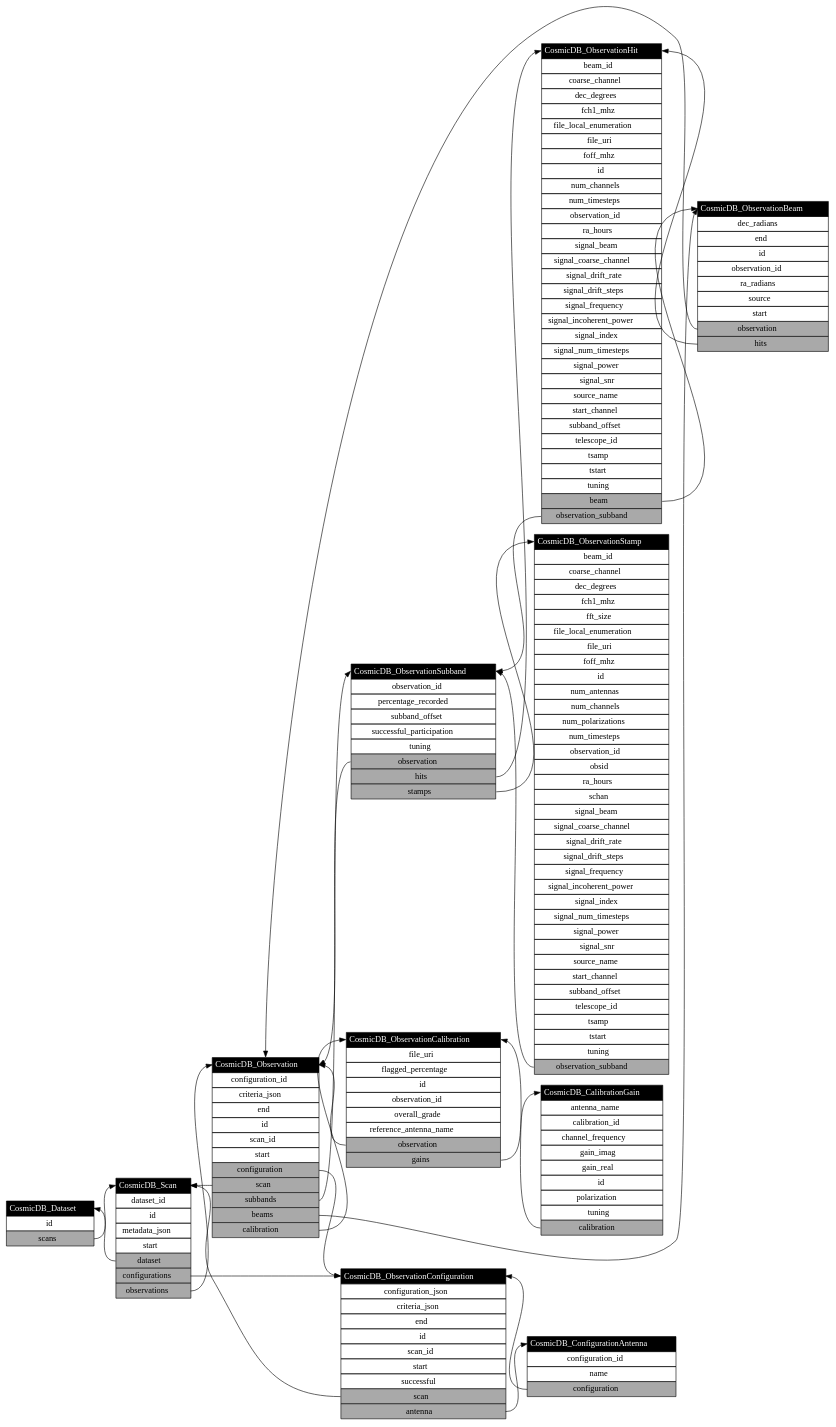
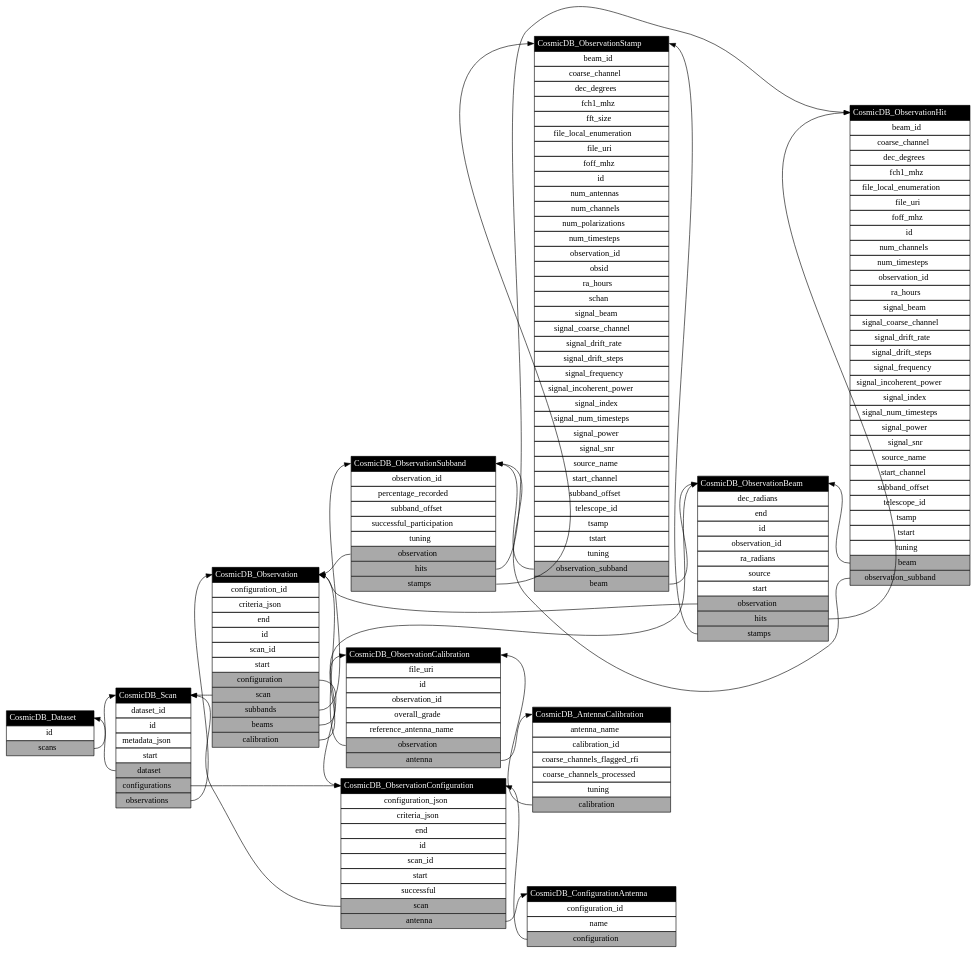
Before and after one commit to COSMIC-SETI/COSMIC-VLA-Database: the diagram in docs/classes.dot, drawn with Graphviz. The commit also changed 5 other files, not shown here.

Commit message:
* link stamp to beam

```diff
--- a/docs/classes.dot
+++ b/docs/classes.dot
@@ -1,191 +1,191 @@
 digraph CosmicDB {
 rankdir=LR;
 CosmicDB_Dataset:scans -> CosmicDB_Scan:class;
 CosmicDB_Dataset [label=<<table border="0" cellborder="1" cellspacing="0" cellpadding="4">
 	<tr><td bgcolor="black" port="class"><font color="white">CosmicDB_Dataset</font></td></tr>
 	<tr><td>id</td></tr>
 	<tr><td bgcolor="darkgrey" port="scans">scans</td></tr>
 </table>>, shape=plain];
 CosmicDB_Scan:dataset -> CosmicDB_Dataset:class;
 CosmicDB_Scan:configurations -> CosmicDB_ObservationConfiguration:class;
 CosmicDB_Scan:observations -> CosmicDB_Observation:class;
 CosmicDB_Scan [label=<<table border="0" cellborder="1" cellspacing="0" cellpadding="4">
 	<tr><td bgcolor="black" port="class"><font color="white">CosmicDB_Scan</font></td></tr>
 	<tr><td>dataset_id</td></tr>
 	<tr><td>id</td></tr>
 	<tr><td>metadata_json</td></tr>
 	<tr><td>start</td></tr>
 	<tr><td bgcolor="darkgrey" port="dataset">dataset</td></tr>
 	<tr><td bgcolor="darkgrey" port="configurations">configurations</td></tr>
 	<tr><td bgcolor="darkgrey" port="observations">observations</td></tr>
 </table>>, shape=plain];
 CosmicDB_ObservationConfiguration:scan -> CosmicDB_Scan:class;
 CosmicDB_ObservationConfiguration:antenna -> CosmicDB_ConfigurationAntenna:class;
 CosmicDB_ObservationConfiguration [label=<<table border="0" cellborder="1" cellspacing="0" cellpadding="4">
 	<tr><td bgcolor="black" port="class"><font color="white">CosmicDB_ObservationConfiguration</font></td></tr>
 	<tr><td>configuration_json</td></tr>
 	<tr><td>criteria_json</td></tr>
 	<tr><td>end</td></tr>
 	<tr><td>id</td></tr>
 	<tr><td>scan_id</td></tr>
 	<tr><td>start</td></tr>
 	<tr><td>successful</td></tr>
 	<tr><td bgcolor="darkgrey" port="scan">scan</td></tr>
 	<tr><td bgcolor="darkgrey" port="antenna">antenna</td></tr>
 </table>>, shape=plain];
 CosmicDB_ConfigurationAntenna:configuration -> CosmicDB_ObservationConfiguration:class;
 CosmicDB_ConfigurationAntenna [label=<<table border="0" cellborder="1" cellspacing="0" cellpadding="4">
 	<tr><td bgcolor="black" port="class"><font color="white">CosmicDB_ConfigurationAntenna</font></td></tr>
 	<tr><td>configuration_id</td></tr>
 	<tr><td>name</td></tr>
 	<tr><td bgcolor="darkgrey" port="configuration">configuration</td></tr>
 </table>>, shape=plain];
 CosmicDB_Observation:configuration -> CosmicDB_ObservationConfiguration:class;
 CosmicDB_Observation:scan -> CosmicDB_Scan:class;
 CosmicDB_Observation:subbands -> CosmicDB_ObservationSubband:class;
 CosmicDB_Observation:beams -> CosmicDB_ObservationBeam:class;
 CosmicDB_Observation:calibration -> CosmicDB_ObservationCalibration:class;
 CosmicDB_Observation [label=<<table border="0" cellborder="1" cellspacing="0" cellpadding="4">
 	<tr><td bgcolor="black" port="class"><font color="white">CosmicDB_Observation</font></td></tr>
 	<tr><td>configuration_id</td></tr>
 	<tr><td>criteria_json</td></tr>
 	<tr><td>end</td></tr>
 	<tr><td>id</td></tr>
 	<tr><td>scan_id</td></tr>
 	<tr><td>start</td></tr>
 	<tr><td bgcolor="darkgrey" port="configuration">configuration</td></tr>
 	<tr><td bgcolor="darkgrey" port="scan">scan</td></tr>
 	<tr><td bgcolor="darkgrey" port="subbands">subbands</td></tr>
 	<tr><td bgcolor="darkgrey" port="beams">beams</td></tr>
 	<tr><td bgcolor="darkgrey" port="calibration">calibration</td></tr>
 </table>>, shape=plain];
 CosmicDB_ObservationSubband:observation -> CosmicDB_Observation:class;
 CosmicDB_ObservationSubband:hits -> CosmicDB_ObservationHit:class;
 CosmicDB_ObservationSubband:stamps -> CosmicDB_ObservationStamp:class;
 CosmicDB_ObservationSubband [label=<<table border="0" cellborder="1" cellspacing="0" cellpadding="4">
 	<tr><td bgcolor="black" port="class"><font color="white">CosmicDB_ObservationSubband</font></td></tr>
 	<tr><td>observation_id</td></tr>
 	<tr><td>percentage_recorded</td></tr>
 	<tr><td>subband_offset</td></tr>
 	<tr><td>successful_participation</td></tr>
 	<tr><td>tuning</td></tr>
 	<tr><td bgcolor="darkgrey" port="observation">observation</td></tr>
 	<tr><td bgcolor="darkgrey" port="hits">hits</td></tr>
 	<tr><td bgcolor="darkgrey" port="stamps">stamps</td></tr>
 </table>>, shape=plain];
 CosmicDB_ObservationCalibration:observation -> CosmicDB_Observation:class;
-CosmicDB_ObservationCalibration:gains -> CosmicDB_CalibrationGain:class;
+CosmicDB_ObservationCalibration:antenna -> CosmicDB_AntennaCalibration:class;
 CosmicDB_ObservationCalibration [label=<<table border="0" cellborder="1" cellspacing="0" cellpadding="4">
 	<tr><td bgcolor="black" port="class"><font color="white">CosmicDB_ObservationCalibration</font></td></tr>
 	<tr><td>file_uri</td></tr>
-	<tr><td>flagged_percentage</td></tr>
 	<tr><td>id</td></tr>
 	<tr><td>observation_id</td></tr>
 	<tr><td>overall_grade</td></tr>
 	<tr><td>reference_antenna_name</td></tr>
 	<tr><td bgcolor="darkgrey" port="observation">observation</td></tr>
-	<tr><td bgcolor="darkgrey" port="gains">gains</td></tr>
+	<tr><td bgcolor="darkgrey" port="antenna">antenna</td></tr>
 </table>>, shape=plain];
-CosmicDB_CalibrationGain:calibration -> CosmicDB_ObservationCalibration:class;
-CosmicDB_CalibrationGain [label=<<table border="0" cellborder="1" cellspacing="0" cellpadding="4">
-	<tr><td bgcolor="black" port="class"><font color="white">CosmicDB_CalibrationGain</font></td></tr>
+CosmicDB_AntennaCalibration:calibration -> CosmicDB_ObservationCalibration:class;
+CosmicDB_AntennaCalibration [label=<<table border="0" cellborder="1" cellspacing="0" cellpadding="4">
+	<tr><td bgcolor="black" port="class"><font color="white">CosmicDB_AntennaCalibration</font></td></tr>
 	<tr><td>antenna_name</td></tr>
 	<tr><td>calibration_id</td></tr>
-	<tr><td>channel_frequency</td></tr>
-	<tr><td>gain_imag</td></tr>
-	<tr><td>gain_real</td></tr>
-	<tr><td>id</td></tr>
-	<tr><td>polarization</td></tr>
+	<tr><td>coarse_channels_flagged_rfi</td></tr>
+	<tr><td>coarse_channels_processed</td></tr>
 	<tr><td>tuning</td></tr>
 	<tr><td bgcolor="darkgrey" port="calibration">calibration</td></tr>
 </table>>, shape=plain];
 CosmicDB_ObservationBeam:observation -> CosmicDB_Observation:class;
 CosmicDB_ObservationBeam:hits -> CosmicDB_ObservationHit:class;
+CosmicDB_ObservationBeam:stamps -> CosmicDB_ObservationStamp:class;
 CosmicDB_ObservationBeam [label=<<table border="0" cellborder="1" cellspacing="0" cellpadding="4">
 	<tr><td bgcolor="black" port="class"><font color="white">CosmicDB_ObservationBeam</font></td></tr>
 	<tr><td>dec_radians</td></tr>
 	<tr><td>end</td></tr>
 	<tr><td>id</td></tr>
 	<tr><td>observation_id</td></tr>
 	<tr><td>ra_radians</td></tr>
 	<tr><td>source</td></tr>
 	<tr><td>start</td></tr>
 	<tr><td bgcolor="darkgrey" port="observation">observation</td></tr>
 	<tr><td bgcolor="darkgrey" port="hits">hits</td></tr>
+	<tr><td bgcolor="darkgrey" port="stamps">stamps</td></tr>
 </table>>, shape=plain];
 CosmicDB_ObservationHit:beam -> CosmicDB_ObservationBeam:class;
 CosmicDB_ObservationHit:observation_subband -> CosmicDB_ObservationSubband:class;
 CosmicDB_ObservationHit [label=<<table border="0" cellborder="1" cellspacing="0" cellpadding="4">
 	<tr><td bgcolor="black" port="class"><font color="white">CosmicDB_ObservationHit</font></td></tr>
 	<tr><td>beam_id</td></tr>
 	<tr><td>coarse_channel</td></tr>
 	<tr><td>dec_degrees</td></tr>
 	<tr><td>fch1_mhz</td></tr>
 	<tr><td>file_local_enumeration</td></tr>
 	<tr><td>file_uri</td></tr>
 	<tr><td>foff_mhz</td></tr>
 	<tr><td>id</td></tr>
 	<tr><td>num_channels</td></tr>
 	<tr><td>num_timesteps</td></tr>
 	<tr><td>observation_id</td></tr>
 	<tr><td>ra_hours</td></tr>
 	<tr><td>signal_beam</td></tr>
 	<tr><td>signal_coarse_channel</td></tr>
 	<tr><td>signal_drift_rate</td></tr>
 	<tr><td>signal_drift_steps</td></tr>
 	<tr><td>signal_frequency</td></tr>
 	<tr><td>signal_incoherent_power</td></tr>
 	<tr><td>signal_index</td></tr>
 	<tr><td>signal_num_timesteps</td></tr>
 	<tr><td>signal_power</td></tr>
 	<tr><td>signal_snr</td></tr>
 	<tr><td>source_name</td></tr>
 	<tr><td>start_channel</td></tr>
 	<tr><td>subband_offset</td></tr>
 	<tr><td>telescope_id</td></tr>
 	<tr><td>tsamp</td></tr>
 	<tr><td>tstart</td></tr>
 	<tr><td>tuning</td></tr>
 	<tr><td bgcolor="darkgrey" port="beam">beam</td></tr>
 	<tr><td bgcolor="darkgrey" port="observation_subband">observation_subband</td></tr>
 </table>>, shape=plain];
 CosmicDB_ObservationStamp:observation_subband -> CosmicDB_ObservationSubband:class;
+CosmicDB_ObservationStamp:beam -> CosmicDB_ObservationBeam:class;
 CosmicDB_ObservationStamp [label=<<table border="0" cellborder="1" cellspacing="0" cellpadding="4">
 	<tr><td bgcolor="black" port="class"><font color="white">CosmicDB_ObservationStamp</font></td></tr>
 	<tr><td>beam_id</td></tr>
 	<tr><td>coarse_channel</td></tr>
 	<tr><td>dec_degrees</td></tr>
 	<tr><td>fch1_mhz</td></tr>
 	<tr><td>fft_size</td></tr>
 	<tr><td>file_local_enumeration</td></tr>
 	<tr><td>file_uri</td></tr>
 	<tr><td>foff_mhz</td></tr>
 	<tr><td>id</td></tr>
 	<tr><td>num_antennas</td></tr>
 	<tr><td>num_channels</td></tr>
 	<tr><td>num_polarizations</td></tr>
 	<tr><td>num_timesteps</td></tr>
 	<tr><td>observation_id</td></tr>
 	<tr><td>obsid</td></tr>
 	<tr><td>ra_hours</td></tr>
 	<tr><td>schan</td></tr>
 	<tr><td>signal_beam</td></tr>
 	<tr><td>signal_coarse_channel</td></tr>
 	<tr><td>signal_drift_rate</td></tr>
 	<tr><td>signal_drift_steps</td></tr>
 	<tr><td>signal_frequency</td></tr>
 	<tr><td>signal_incoherent_power</td></tr>
 	<tr><td>signal_index</td></tr>
 	<tr><td>signal_num_timesteps</td></tr>
 	<tr><td>signal_power</td></tr>
 	<tr><td>signal_snr</td></tr>
 	<tr><td>source_name</td></tr>
 	<tr><td>start_channel</td></tr>
 	<tr><td>subband_offset</td></tr>
 	<tr><td>telescope_id</td></tr>
 	<tr><td>tsamp</td></tr>
 	<tr><td>tstart</td></tr>
 	<tr><td>tuning</td></tr>
 	<tr><td bgcolor="darkgrey" port="observation_subband">observation_subband</td></tr>
+	<tr><td bgcolor="darkgrey" port="beam">beam</td></tr>
 </table>>, shape=plain];
 }
```
